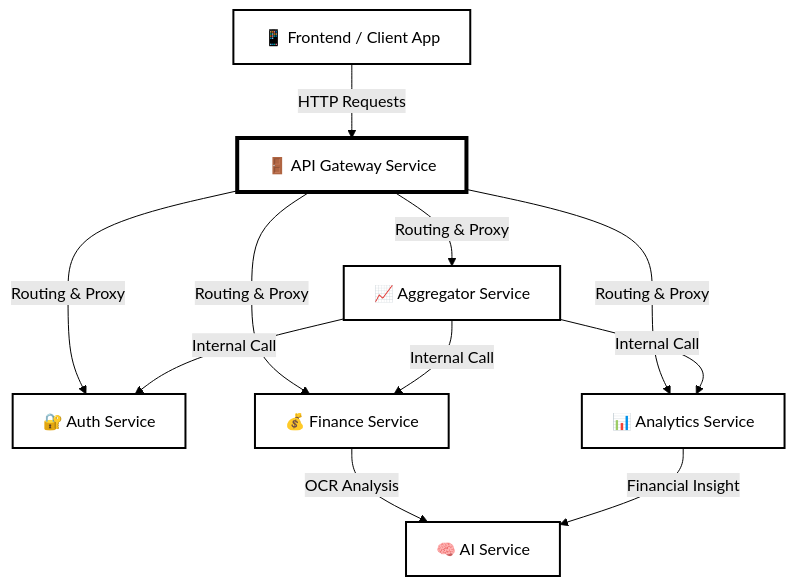
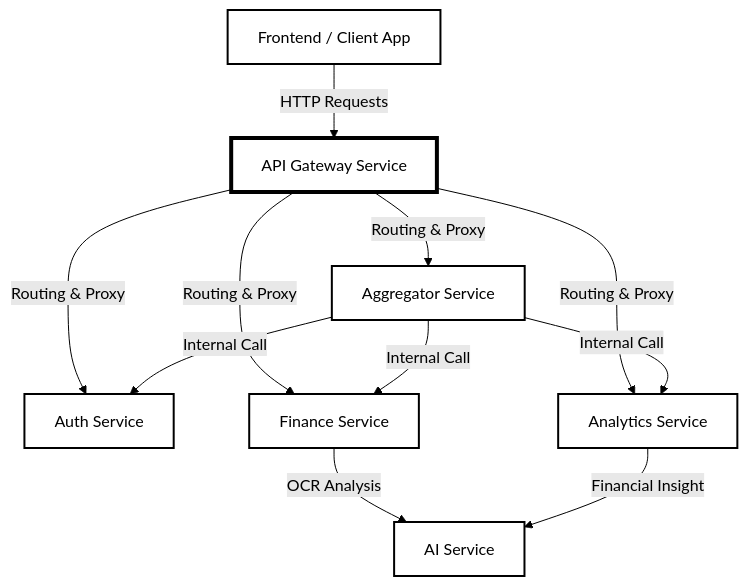
One commit to FASTWorks/fst-backend changed the diagram in README.md. Above: the diagram before and after it, drawn with Mermaid (forest theme).

Commit message:
docs: remove emojis from architecture diagram

````diff
--- a/README.md
+++ b/README.md
@@ -15,21 +15,21 @@
 ```mermaid
 graph TD
-    Client[📱 Frontend / Client App] -->|HTTP Requests| Gateway[🚪 API Gateway Service]
+    Client[Frontend / Client App] -->|HTTP Requests| Gateway[API Gateway Service]
     
-    Gateway -->|Routing & Proxy| Auth[🔐 Auth Service]
-    Gateway -->|Routing & Proxy| Finance[💰 Finance Service]
-    Gateway -->|Routing & Proxy| Analytics[📊 Analytics Service]
-    Gateway -->|Routing & Proxy| Aggregator[📈 Aggregator Service]
+    Gateway -->|Routing & Proxy| Auth[Auth Service]
+    Gateway -->|Routing & Proxy| Finance[Finance Service]
+    Gateway -->|Routing & Proxy| Analytics[Analytics Service]
+    Gateway -->|Routing & Proxy| Aggregator[Aggregator Service]
     
     Aggregator -->|Internal Call| Auth
     Aggregator -->|Internal Call| Analytics
     Aggregator -->|Internal Call| Finance
     
-    Finance -->|OCR Analysis| AI[🧠 AI Service]
+    Finance -->|OCR Analysis| AI[AI Service]
     Analytics -->|Financial Insight| AI
     
     classDef default fill:#ffffff,stroke:#000000,stroke-width:2px,color:#000000;
     classDef gateway fill:#ffffff,stroke:#000000,stroke-width:4px,color:#000000;
     
     class Gateway gateway;
 ```
````
